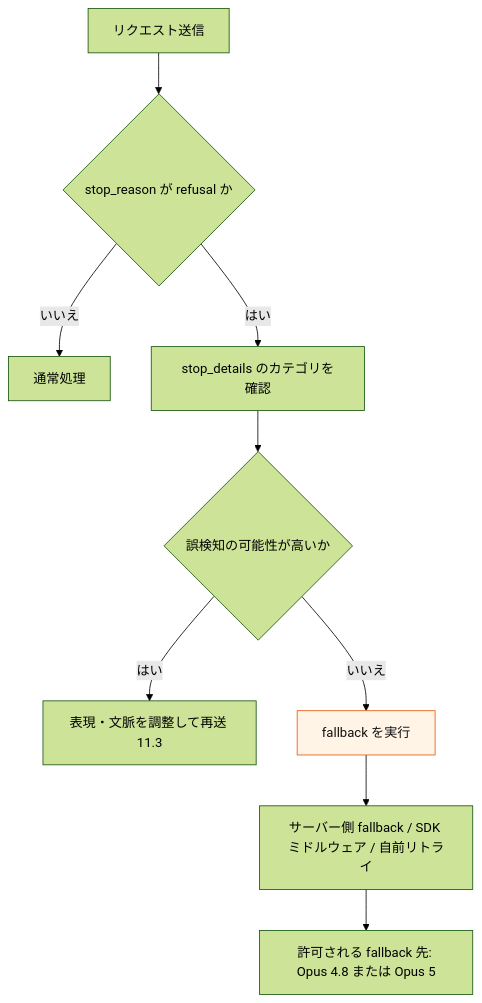
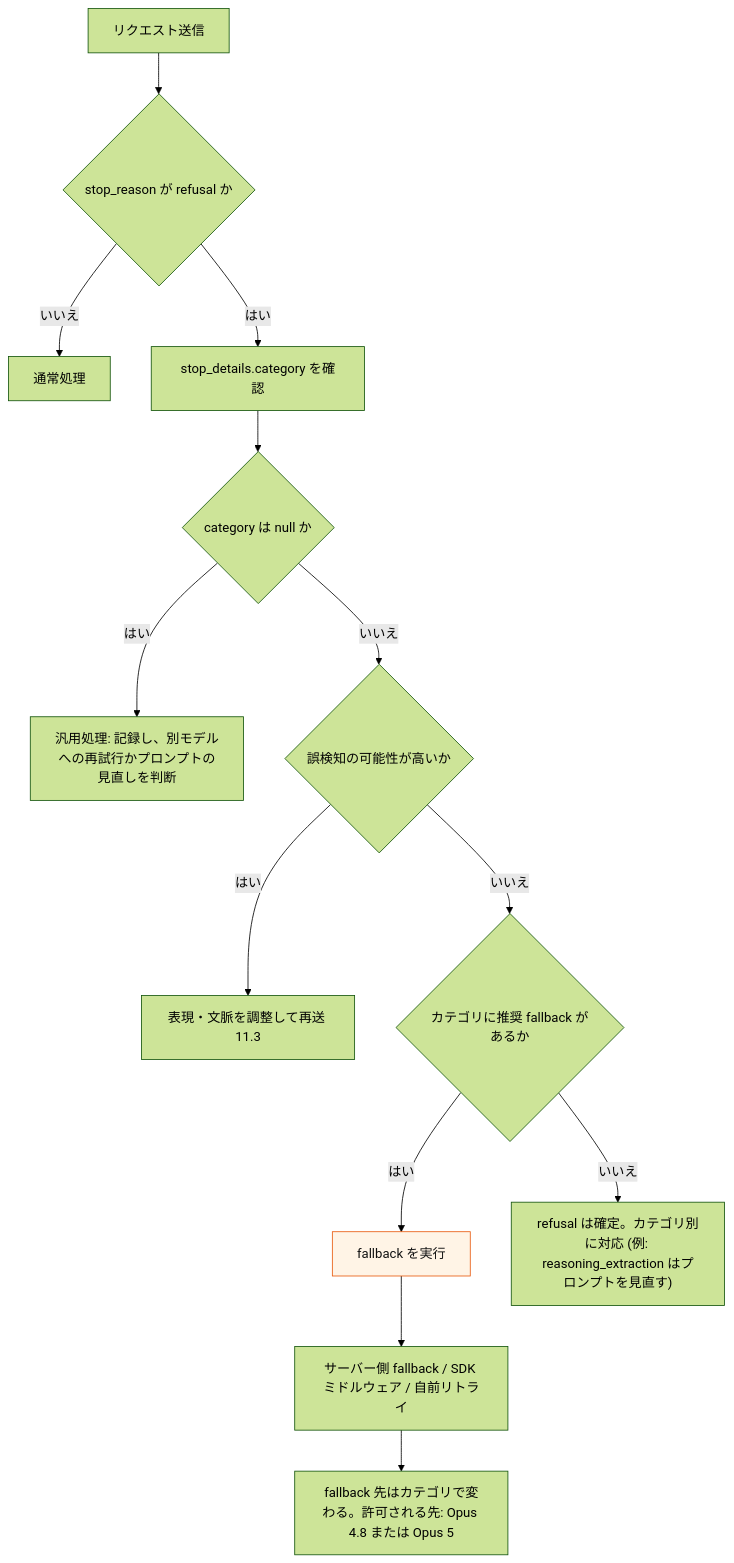
Before and after one commit to myoshi2891/Comparison-of-LLMs: the ninth of 10 diagrams in Claude-fable-5-1-best-practices-guide.md, drawn with Mermaid (forest theme). The commit also changed other lines of this file, not shown here.

Commit message:
docs(claude): clarify null category handling and fallback branching in Fable 5.1 refusal guide

````diff
--- a/Claude-fable-5-1-best-practices-guide.md
+++ b/Claude-fable-5-1-best-practices-guide.md
@@ -762,12 +762,16 @@
 ```mermaid
 flowchart TD
     A["リクエスト送信"] --> B{"stop_reason が refusal か"}
     B -- "いいえ" --> OK["通常処理"]
-    B -- "はい" --> C["stop_details のカテゴリを確認"]
-    C --> D{"誤検知の可能性が高いか"}
+    B -- "はい" --> C["stop_details.category を確認"]
+    C --> N{"category は null か"}
+    N -- "はい" --> U["汎用処理: 記録し、別モデルへの再試行かプロンプトの見直しを判断"]
+    N -- "いいえ" --> D{"誤検知の可能性が高いか"}
     D -- "はい" --> E["表現・文脈を調整して再送 11.3"]
-    D -- "いいえ" --> F["fallback を実行"]
+    D -- "いいえ" --> R{"カテゴリに推奨 fallback があるか"}
+    R -- "はい" --> F["fallback を実行"]
+    R -- "いいえ" --> P["refusal は確定。カテゴリ別に対応 (例: reasoning_extraction はプロンプトを見直す)"]
     F --> G["サーバー側 fallback / SDK ミドルウェア / 自前リトライ"]
-    G --> H["許可される fallback 先: Opus 4.8 または Opus 5"]
+    G --> H["fallback 先はカテゴリで変わる。許可される先: Opus 4.8 または Opus 5"]
     style F fill:#fff4e6,stroke:#e8590c,color:#111
 ```
````
